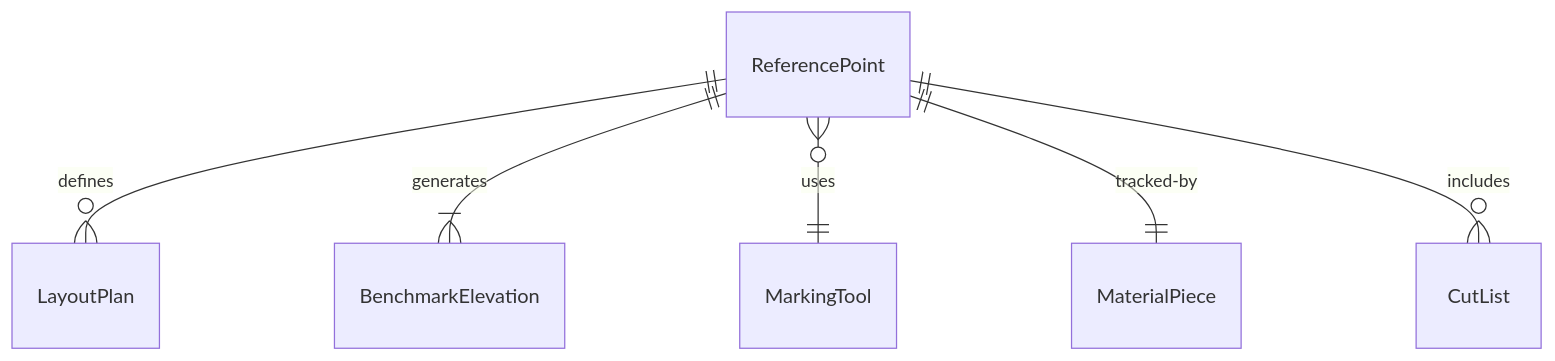
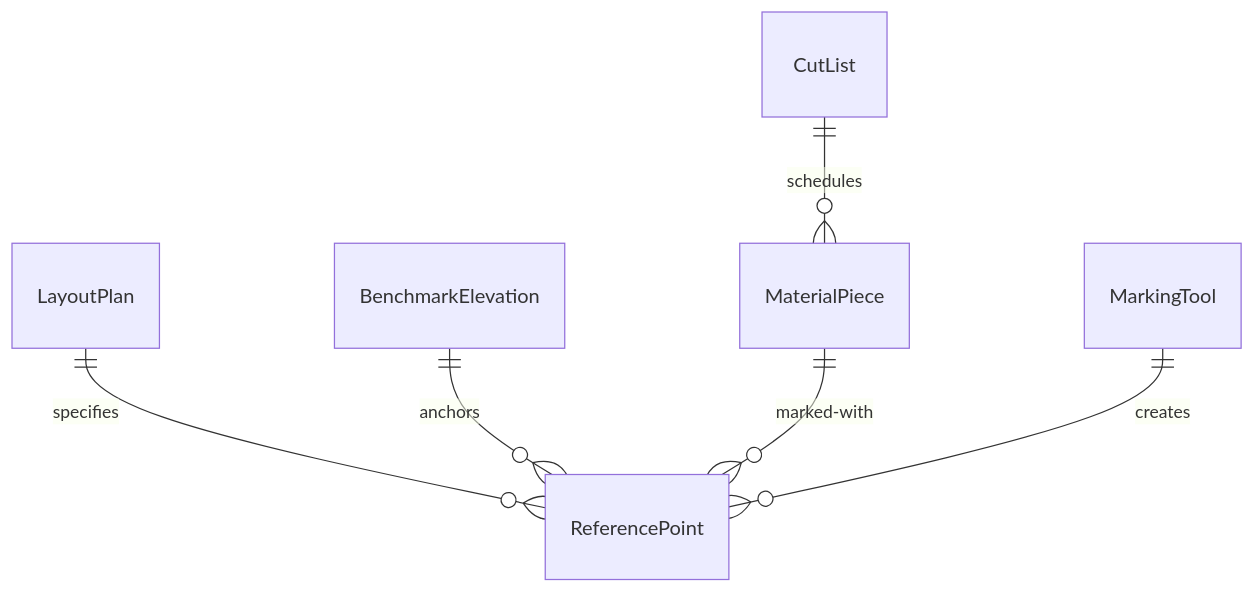
Before and after one commit to dot-org-ai/tasks.org.ai: the first of 4 diagrams in HandlingAndMovingObjects/PositionMaterialsOrComponentsForAssembly/MarkReferencePointsConstructionMaterials.mdx, drawn with Mermaid. The commit also changed other lines of this file and 515 other files, not shown here.

````diff
--- a/HandlingAndMovingObjects/PositionMaterialsOrComponentsForAssembly/MarkReferencePointsConstructionMaterials.mdx
+++ b/HandlingAndMovingObjects/PositionMaterialsOrComponentsForAssembly/MarkReferencePointsConstructionMaterials.mdx
@@ -87,8 +87,8 @@
 ```mermaid
 erDiagram
-    ReferencePoint ||--o{ LayoutPlan : "defines"
-    ReferencePoint ||--|{ BenchmarkElevation : "generates"
-    ReferencePoint }o--|| MarkingTool : "uses"
-    ReferencePoint ||--|| MaterialPiece : "tracked-by"
-    ReferencePoint ||--o{ CutList : "includes"
+    LayoutPlan ||--o{ ReferencePoint : "specifies"
+    BenchmarkElevation ||--o{ ReferencePoint : "anchors"
+    MaterialPiece ||--o{ ReferencePoint : "marked-with"
+    CutList ||--o{ MaterialPiece : "schedules"
+    MarkingTool ||--o{ ReferencePoint : "creates"
 ```
````
